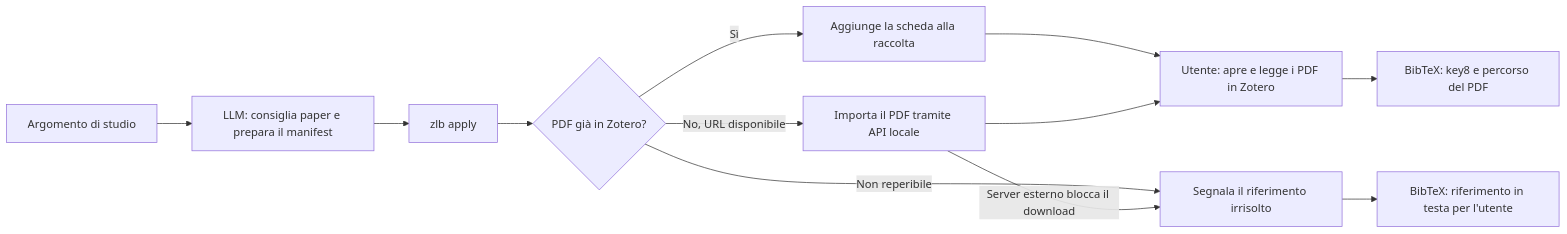
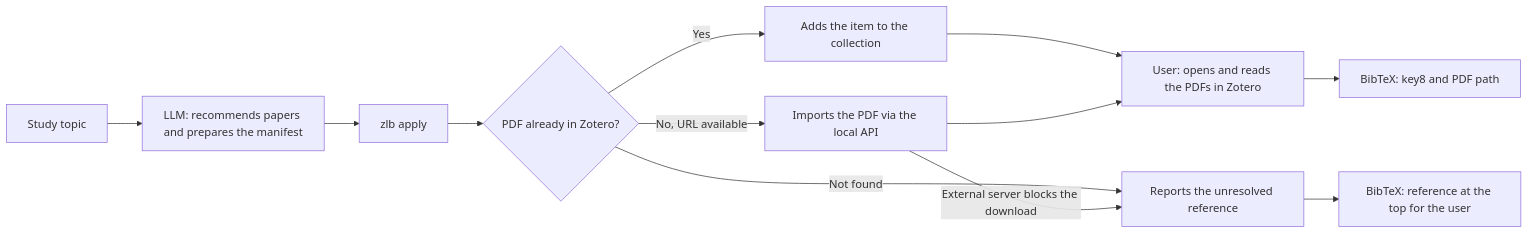
One commit to paolovolterra/zotero-llm-bridge changed the diagram in README.md. Above: the diagram before and after it, drawn with Mermaid. The commit also changed other lines of this file and 1 other file, not shown here.

````diff
--- a/README.md
+++ b/README.md
@@ -43,14 +45,14 @@
 ```mermaid
 flowchart LR
-    A["Argomento di studio"] --> B["LLM: consiglia paper e prepara il manifest"]
+    A["Study topic"] --> B["LLM: recommends papers and prepares the manifest"]
     B --> C["zlb apply"]
-    C --> D{"PDF già in Zotero?"}
-    D -->|Sì| E["Aggiunge la scheda alla raccolta"]
-    D -->|No, URL disponibile| F["Importa il PDF tramite API locale"]
-    D -->|Non reperibile| G["Segnala il riferimento irrisolto"]
-    F -->|Server esterno blocca il download| G
-    E --> H["Utente: apre e legge i PDF in Zotero"]
+    C --> D{"PDF already in Zotero?"}
+    D -->|Yes| E["Adds the item to the collection"]
+    D -->|No, URL available| F["Imports the PDF via the local API"]
+    D -->|Not found| G["Reports the unresolved reference"]
+    F -->|External server blocks the download| G
+    E --> H["User: opens and reads the PDFs in Zotero"]
     F --> H
-    H --> J["BibTeX: key8 e percorso del PDF"]
-    G --> I["BibTeX: riferimento in testa per l'utente"]
+    H --> J["BibTeX: key8 and PDF path"]
+    G --> I["BibTeX: reference at the top for the user"]
 ```
````
